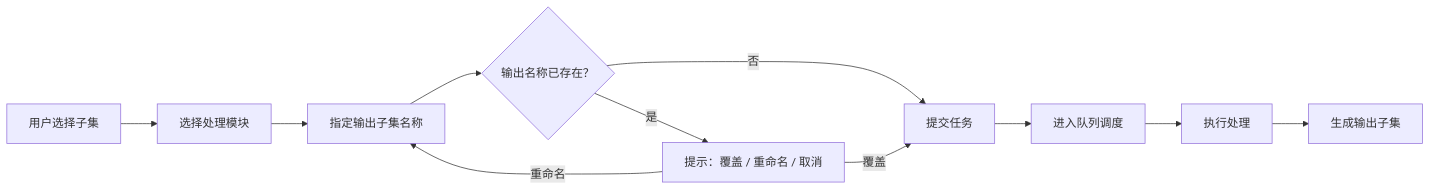
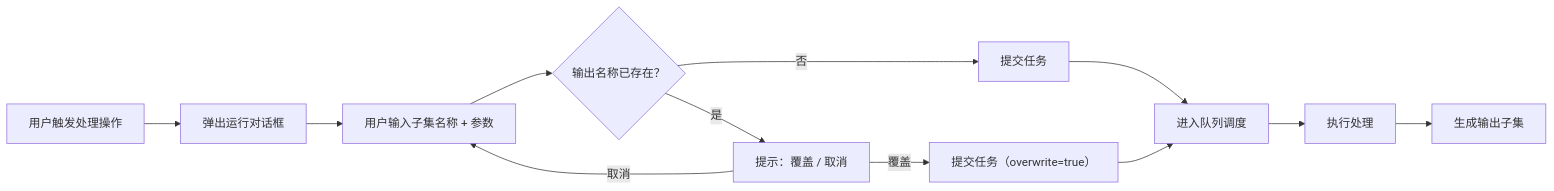
Before and after one commit to mirrorange/medseg: the second of 2 diagrams in docs/PRD.md, drawn with Mermaid. The commit also changed other lines of this file and 15 other files, not shown here.

````diff
--- a/docs/PRD.md
+++ b/docs/PRD.md
@@ -214,13 +235,14 @@
 ```mermaid
 flowchart LR
-    A["用户选择子集"] --> B["选择处理模块"]
-    B --> C["指定输出子集名称"]
+    A["用户触发处理操作"] --> B["弹出运行对话框"]
+    B --> C["用户输入子集名称 + 参数"]
     C --> D{"输出名称已存在？"}
-    D -- 是 --> E["提示：覆盖 / 重命名 / 取消"]
+    D -- 是 --> E["提示：覆盖 / 取消"]
     D -- 否 --> F["提交任务"]
-    E -- 覆盖 --> F
-    E -- 重命名 --> C
+    E -- 覆盖 --> F2["提交任务（overwrite=true）"]
+    E -- 取消 --> C
     F --> G["进入队列调度"]
+    F2 --> G
     G --> H["执行处理"]
     H --> I["生成输出子集"]
 ```
````
